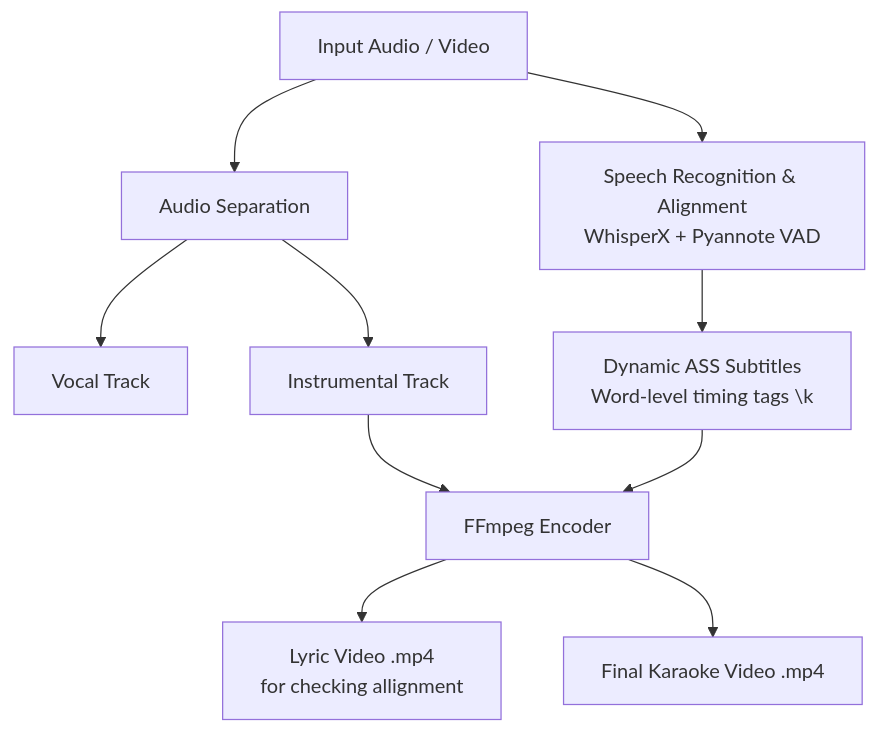
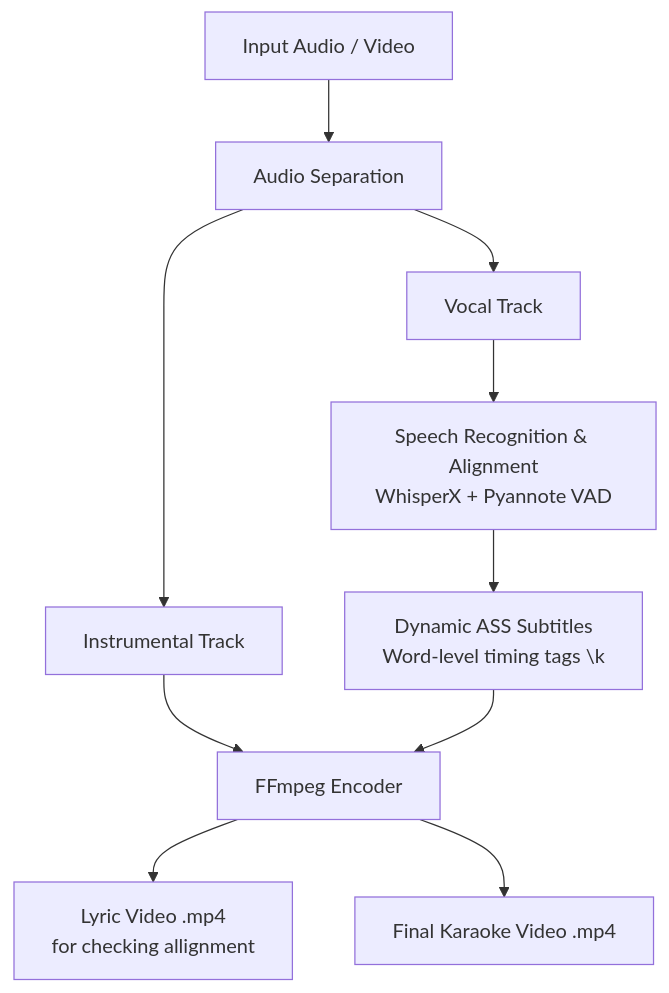
One commit to DanGitlarian/Karaoke_Maker changed the diagram in README.md. Above: the diagram before and after it, drawn with Mermaid.

Commit message:
Update README.md
update architecture

````diff
--- a/README.md
+++ b/README.md
@@ -17,18 +17,18 @@
 ```mermaid
 graph TD
     A[Input Audio / Video] --> B[Audio Separation]
-    A --> C[Speech Recognition & Alignment<br/>WhisperX + Pyannote VAD]
+    C --> D[Speech Recognition & Alignment<br/>WhisperX + Pyannote VAD]
     
-    B --> D[Vocal Track]
+    B --> C[Vocal Track]
     B --> E[Instrumental Track]
     
-    C --> F[Dynamic ASS Subtitles<br/>Word-level timing tags \k]
+    D --> F[Dynamic ASS Subtitles<br/>Word-level timing tags \k]
     
     E --> G[FFmpeg Encoder]
     F --> G
 
     G --> H[Lyric Video .mp4<br/>for checking allignment]
     G --> I[Final Karaoke Video .mp4]
     
 
 ```
````
